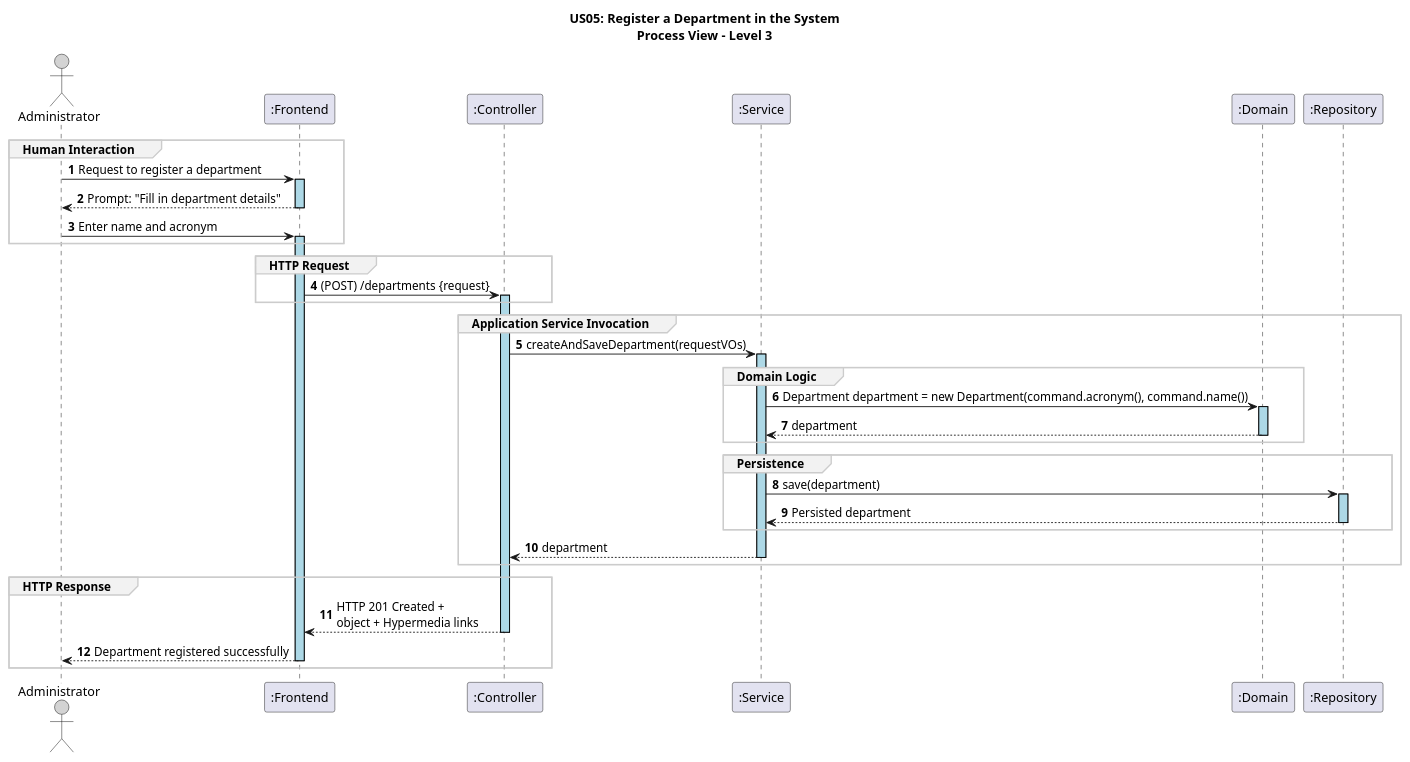
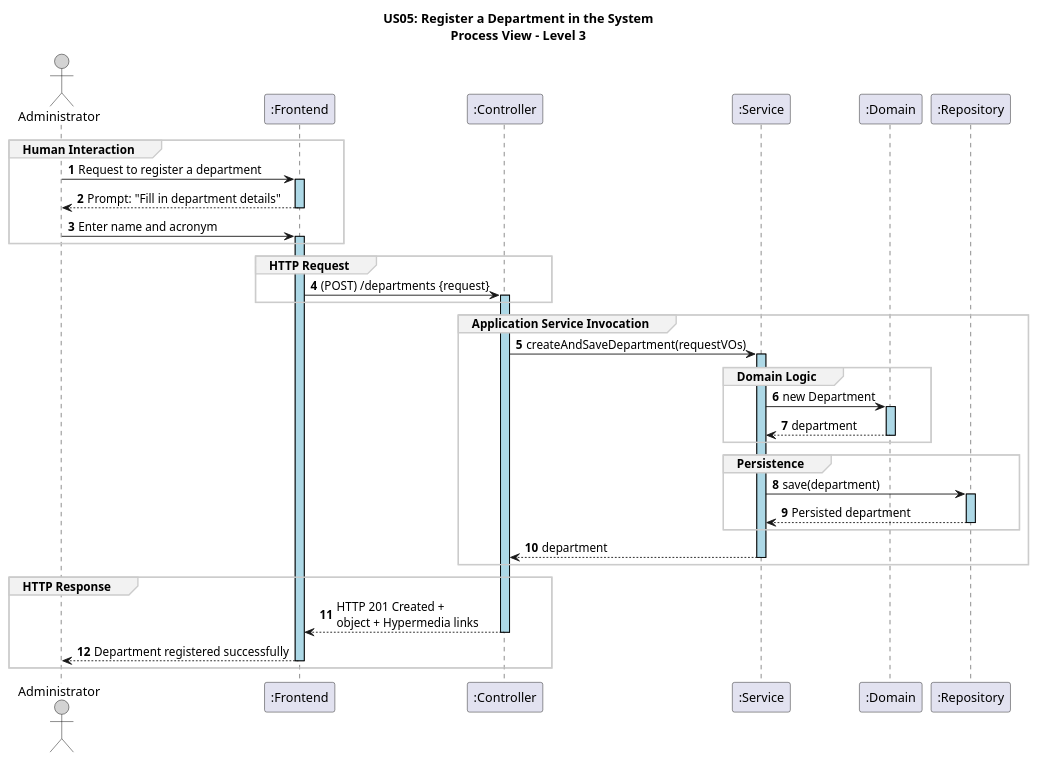
Before and after one commit to GasparISEP/DevOps-PAI: the diagram in docs/US05/sprint6_RestAPI/ProcessView/US05_RestAPI_ProcessView_Level3.puml, drawn with PlantUML. The commit also changed 2 other files, not shown here.

Commit message:
doc: refactor diagrams to reflect future implementation (refs #500, refs #575)

```diff
--- a/docs/US05/sprint6_RestAPI/ProcessView/US05_RestAPI_ProcessView_Level3.puml
+++ b/docs/US05/sprint6_RestAPI/ProcessView/US05_RestAPI_ProcessView_Level3.puml
@@ -1,53 +1,53 @@
 @startuml
 autonumber
 
 skinparam sequence {
     LifelineBorderColor black
     LifelineBackgroundColor LightBlue
     ActorBorderColor black
     ActorBackgroundColor LightGray
     GroupBorderColor #cccccc
     GroupBackgroundColor #f2f2f2
 }
 
 title US05: Register a Department in the System\nProcess View – Level 3
 
 actor ADM as "Administrator"
 participant ":Frontend" as FE
 participant ":Controller" as CT
 participant ":Service" as SE
 participant ":Domain" as DM
 participant ":Repository" as RE
 
 group Human Interaction
 ADM -> FE ++: Request to register a department
 FE --> ADM --: Prompt: "Fill in department details"
 ADM -> FE ++: Enter name and acronym
 end group
 
 group HTTP Request
 FE -> CT ++: (POST) /departments {request}
 end group
 
 group Application Service Invocation
 CT -> SE ++: createAndSaveDepartment(requestVOs)
 
 group Domain Logic
-SE -> DM ++: Department department = new Department(command.acronym(), command.name())
+SE -> DM ++: new Department
 DM --> SE --: department
 end group
 
 group Persistence
 SE -> RE ++: save(department)
 RE --> SE --: Persisted department
 end group
 
 SE --> CT --: department
 end group
 
 group HTTP Response
 CT --> FE --: HTTP 201 Created + \nobject + Hypermedia links
 FE --> ADM --: Department registered successfully
 end group
 
 @enduml
```
